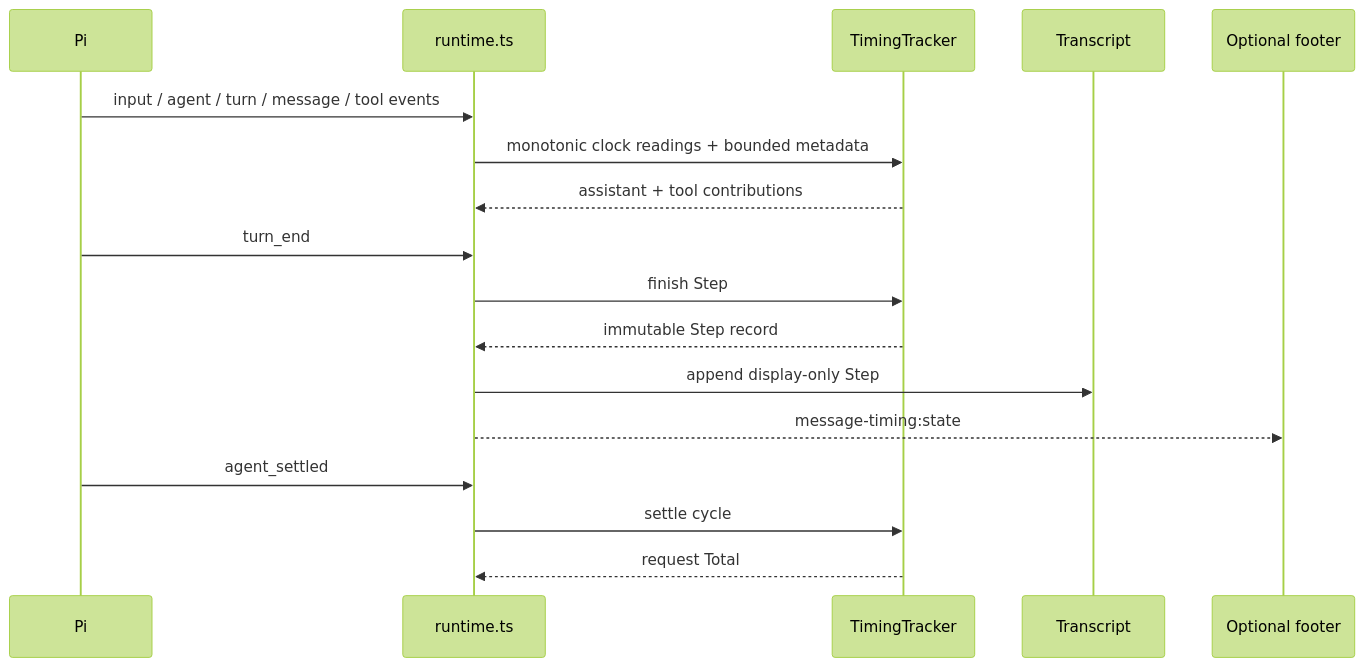
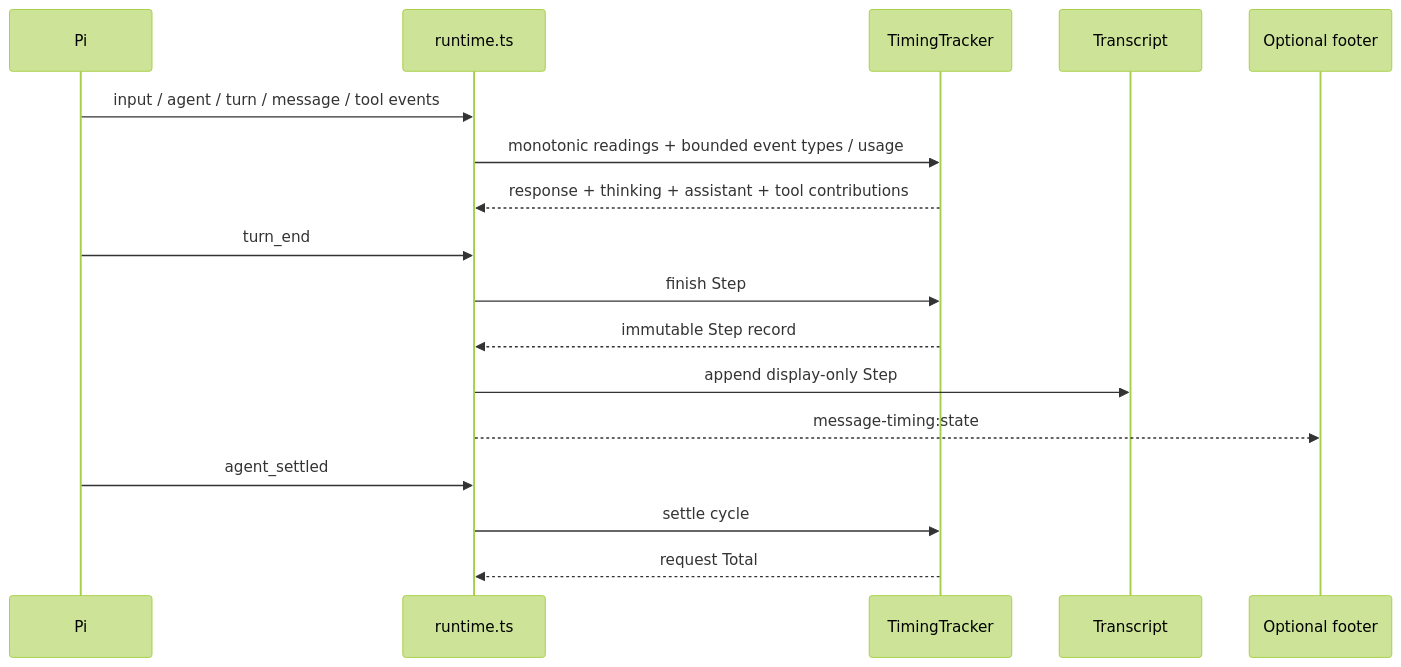
Before and after one commit to eysenfalk/pi-timelens: the diagram in docs/architecture.md, drawn with Mermaid (forest theme). The commit also changed other lines of this file and 24 other files, not shown here.

Commit message:
fix: separate response ttft and thinking metrics (#9)

````diff
--- a/docs/architecture.md
+++ b/docs/architecture.md
@@ -17,20 +17,20 @@
 ```mermaid
 sequenceDiagram
     participant Pi
     participant Adapter as runtime.ts
     participant Core as TimingTracker
     participant Transcript
     participant Consumer as Optional footer
 
     Pi->>Adapter: input / agent / turn / message / tool events
-    Adapter->>Core: monotonic clock readings + bounded metadata
-    Core-->>Adapter: assistant + tool contributions
+    Adapter->>Core: monotonic readings + bounded event types / usage
+    Core-->>Adapter: response + thinking + assistant + tool contributions
     Pi->>Adapter: turn_end
     Adapter->>Core: finish Step
     Core-->>Adapter: immutable Step record
     Adapter->>Transcript: append display-only Step
     Adapter-->>Consumer: message-timing:state
     Pi->>Adapter: agent_settled
     Adapter->>Core: settle cycle
     Core-->>Adapter: request Total
 ```
````
